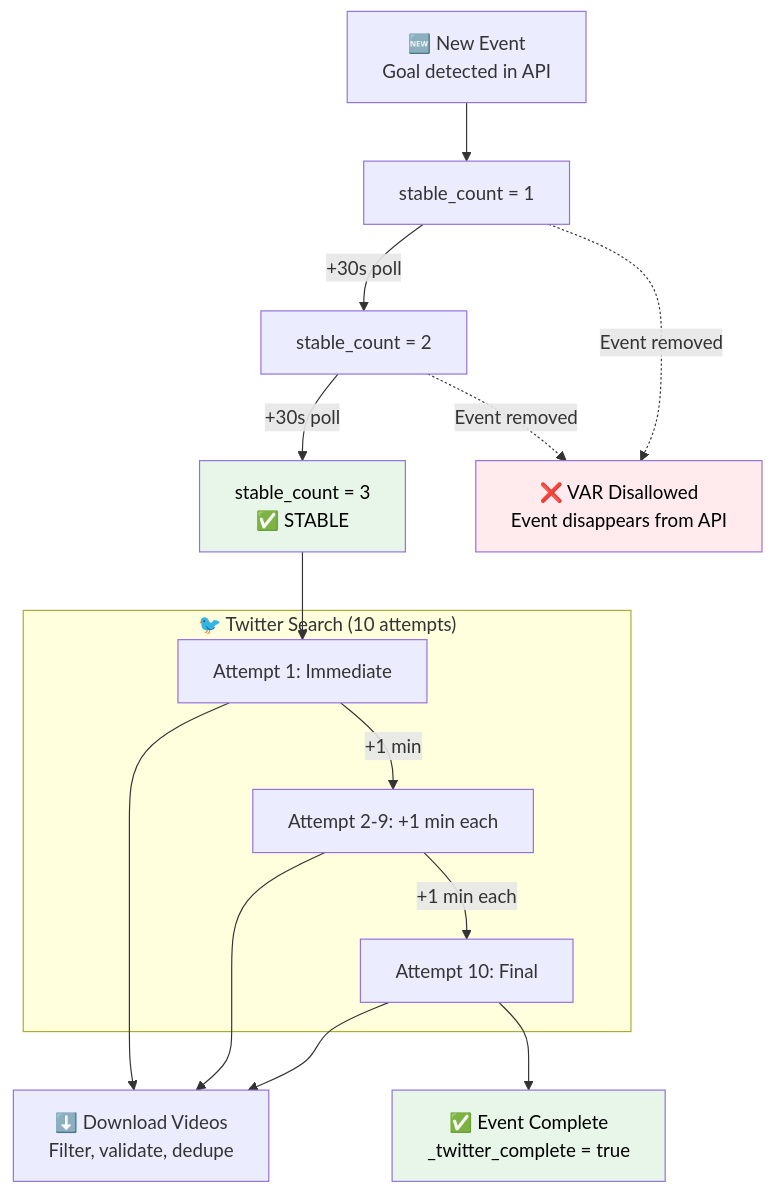
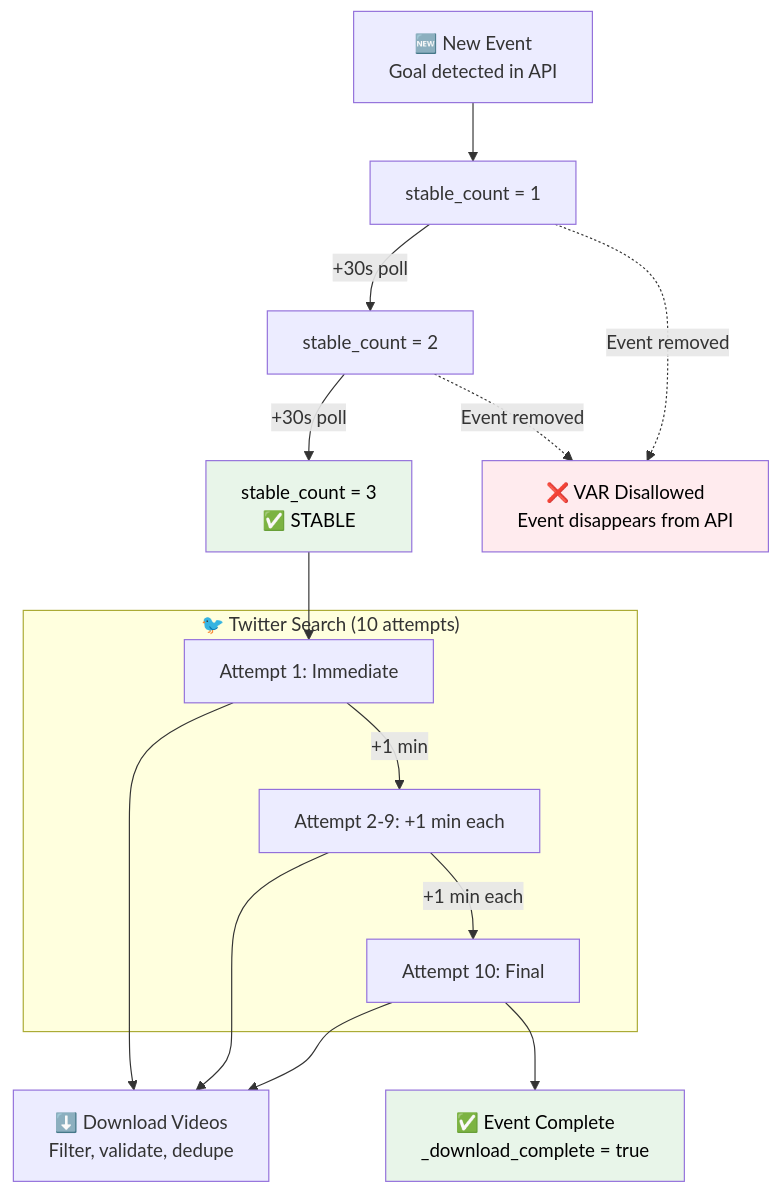
Before and after one commit to vedantadhobley/found-footy: the fourth of 15 diagrams in README.md, drawn with Mermaid. The commit also changed other lines of this file and 16 other files, not shown here.

First line of the commit message:
refactor: rename _twitter_complete to _download_complete

````diff
--- a/README.md
+++ b/README.md
@@ -165,34 +165,34 @@
 ```mermaid
 flowchart TB
     NEW[🆕 New Event<br/>Goal detected in API]
     COUNT1[stable_count = 1]
     COUNT2[stable_count = 2]
     COUNT3[stable_count = 3<br/>✅ STABLE]
     
     subgraph TWITTER["🐦 Twitter Search (10 attempts)"]
         T1[Attempt 1: Immediate]
         T2[Attempt 2-9: +1 min each]
         T10[Attempt 10: Final]
     end
     
     DOWNLOAD[⬇️ Download Videos<br/>Filter, validate, dedupe]
-    COMPLETE[✅ Event Complete<br/>_twitter_complete = true]
+    COMPLETE[✅ Event Complete<br/>_download_complete = true]
     
     NEW --> COUNT1
     COUNT1 -->|+30s poll| COUNT2
     COUNT2 -->|+30s poll| COUNT3
     COUNT3 --> T1
     T1 --> DOWNLOAD
     T1 -->|+1 min| T2
     T2 --> DOWNLOAD
     T2 -->|+1 min each| T10
     T10 --> DOWNLOAD
     T10 --> COMPLETE
     
     VAR[❌ VAR Disallowed<br/>Event disappears from API]
     COUNT1 & COUNT2 -.->|Event removed| VAR
     
     style COUNT3 fill:#e8f5e9,color:#000
     style COMPLETE fill:#e8f5e9,color:#000
     style VAR fill:#ffebee,color:#000
 ```
````
